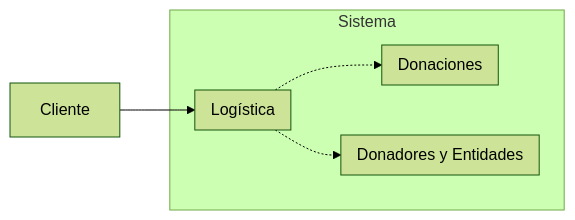
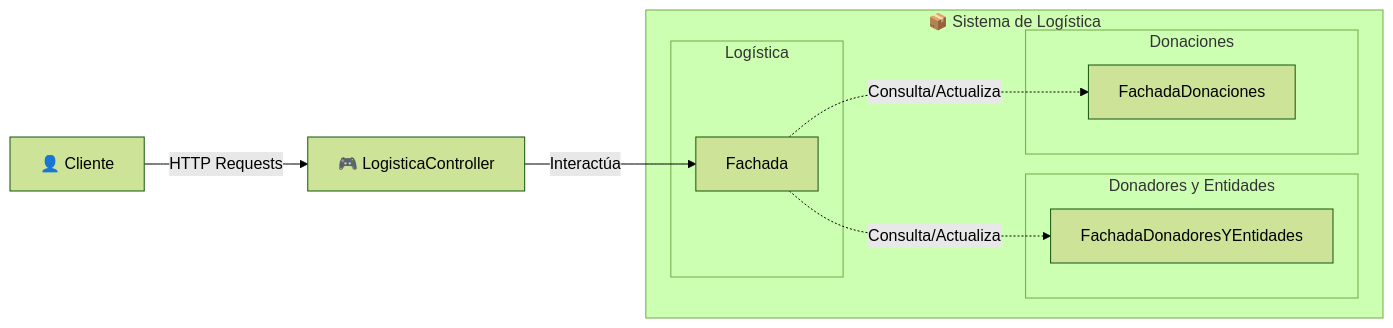
One commit to 2026-ddsi-tpa-guardianesDeCodigo/logistica changed the diagram in docs/arquitectura.md. Above: the diagram before and after it, drawn with Mermaid (forest theme). The commit also changed 1 other file, not shown here.

Commit message:
agrego diagramas

````diff
--- a/docs/arquitectura.md
+++ b/docs/arquitectura.md
@@ -1,19 +1,23 @@
 ```mermaid
 graph LR
 
-Cliente["Cliente"]
+Cliente["👤 Cliente"]
+Controller["🎮 LogisticaController"]
 
-subgraph sistema["Sistema"]
+subgraph sistema["📦 Sistema de Logística"]
+    subgraph Logistica["Logística"]
+        Fachada["Fachada"]
+    end
+    subgraph DonadoresYEntidades["Donadores y Entidades"]
+        FachadaDE["FachadaDonadoresYEntidades"]
+    end
+    subgraph Donaciones["Donaciones"]
+        FachadaDon["FachadaDonaciones"]
+    end
+end
 
-    subgraph DonadoresYEntidades["Donadores y Entidades"]
-        end
-    subgraph Donaciones["Donaciones"]
-        end
-    subgraph Logistica["Logística"]
-        end
-    end
-
-    Cliente --> Logistica
-    Logistica -.-> Donaciones 
-    Logistica -.-> DonadoresYEntidades 
+Cliente -->|HTTP Requests| Controller
+Controller -->|Interactúa| Fachada
+Fachada -.->|Consulta/Actualiza| FachadaDon
+Fachada -.->|Consulta/Actualiza| FachadaDE
 ```
````
